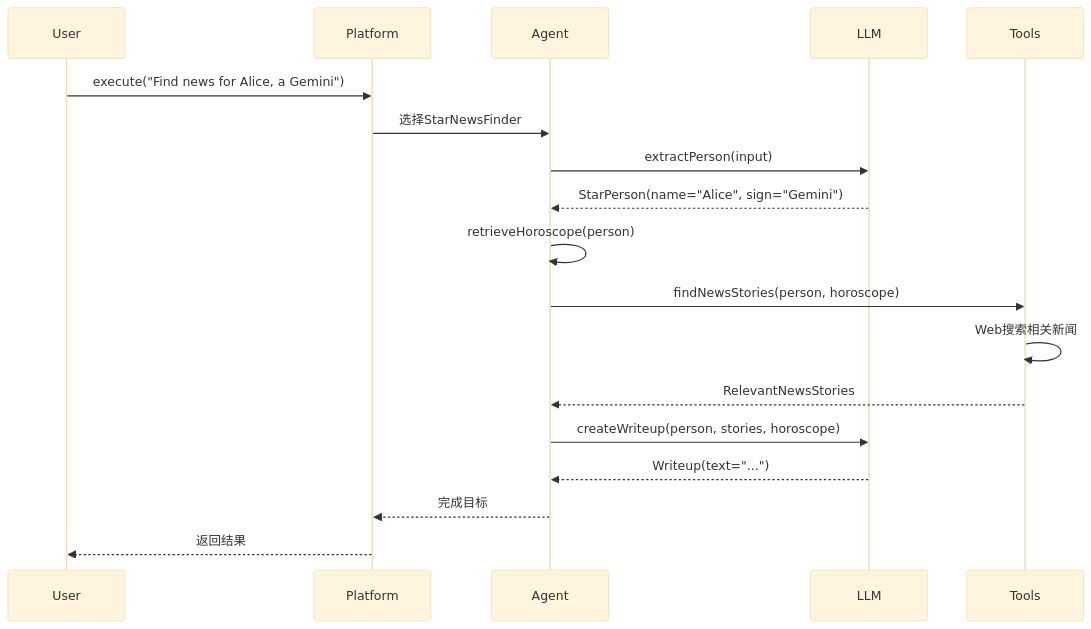
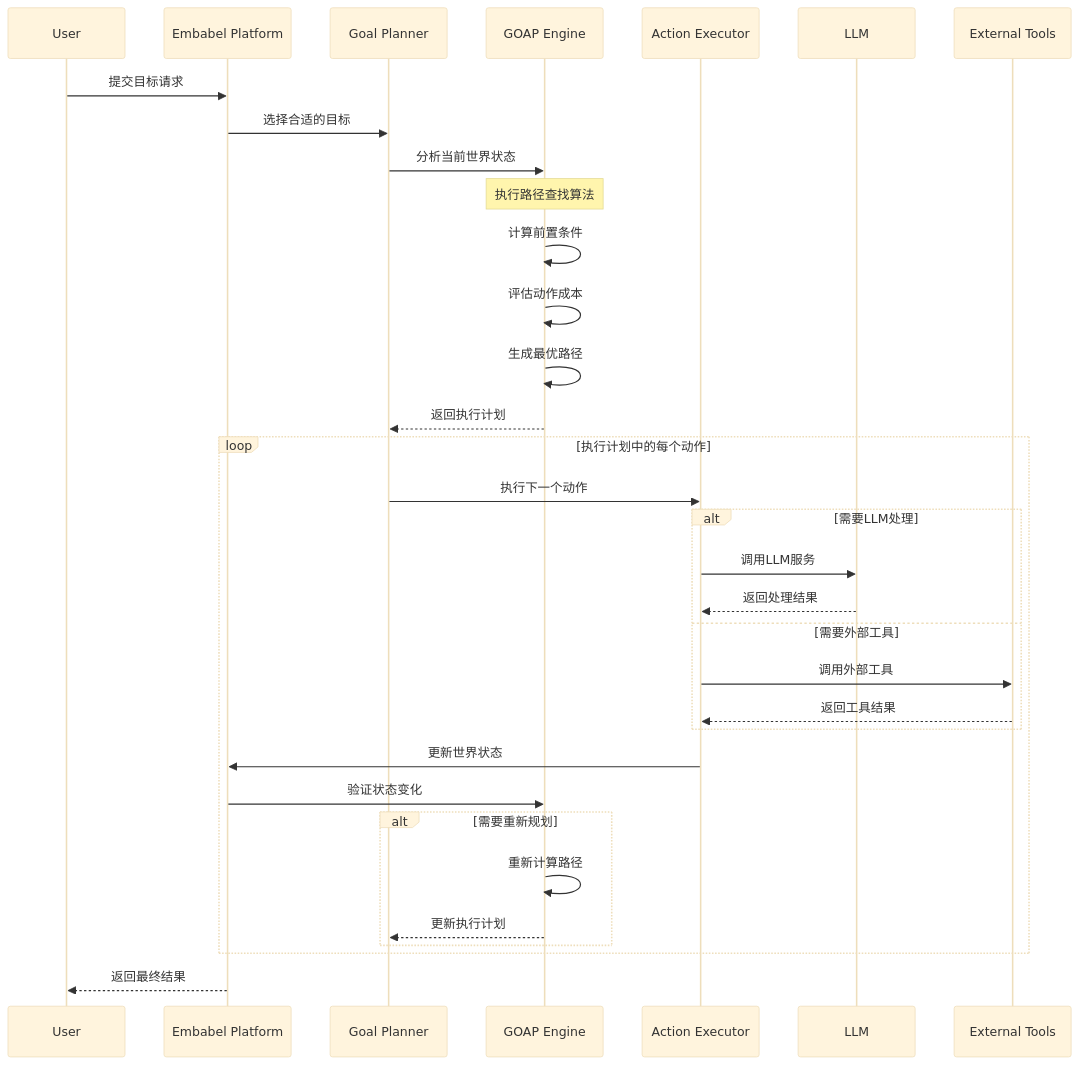
Before and after one commit to rubiklife/rubiklife.github.io: the second of 4 diagrams in _posts/2025-07-04-embabel-agent-guide.md, drawn with Mermaid (base theme). The commit also changed other lines of this file, not shown here.

Commit message:
modify post name

````diff
--- a/_posts/2025-07-04-embabel-agent-guide.md
+++ b/_posts/2025-07-04-embabel-agent-guide.md
@@ -303,21 +83,43 @@
 ```mermaid
 sequenceDiagram
     participant User
-    participant Platform
-    participant Agent
+    participant Platform as Embabel Platform
+    participant Planner as Goal Planner
+    participant GOAP as GOAP Engine
+    participant Executor as Action Executor
     participant LLM
-    participant Tools
+    participant Tools as External Tools
     
-    User->>Platform: execute("Find news for Alice, a Gemini")
-    Platform->>Agent: 选择StarNewsFinder
-    Agent->>LLM: extractPerson(input)
-    LLM-->>Agent: StarPerson(name="Alice", sign="Gemini")
-    Agent->>Agent: retrieveHoroscope(person)
-    Agent->>Tools: findNewsStories(person, horoscope)
-    Tools->>Tools: Web搜索相关新闻
-    Tools-->>Agent: RelevantNewsStories
-    Agent->>LLM: createWriteup(person, stories, horoscope)
-    LLM-->>Agent: Writeup(text="...")
-    Agent-->>Platform: 完成目标
-    Platform-->>User: 返回结果
+    User->>Platform: 提交目标请求
+    Platform->>Planner: 选择合适的目标
+    Planner->>GOAP: 分析当前世界状态
+    
+    Note over GOAP: 执行路径查找算法
+    GOAP->>GOAP: 计算前置条件
+    GOAP->>GOAP: 评估动作成本
+    GOAP->>GOAP: 生成最优路径
+    
+    GOAP-->>Planner: 返回执行计划
+    
+    loop 执行计划中的每个动作
+        Planner->>Executor: 执行下一个动作
+        
+        alt 需要LLM处理
+            Executor->>LLM: 调用LLM服务
+            LLM-->>Executor: 返回处理结果
+        else 需要外部工具
+            Executor->>Tools: 调用外部工具
+            Tools-->>Executor: 返回工具结果
+        end
+        
+        Executor->>Platform: 更新世界状态
+        Platform->>GOAP: 验证状态变化
+        
+        alt 需要重新规划
+            GOAP->>GOAP: 重新计算路径
+            GOAP-->>Planner: 更新执行计划
+        end
+    end
+    
+    Platform-->>User: 返回最终结果
 ```
````
